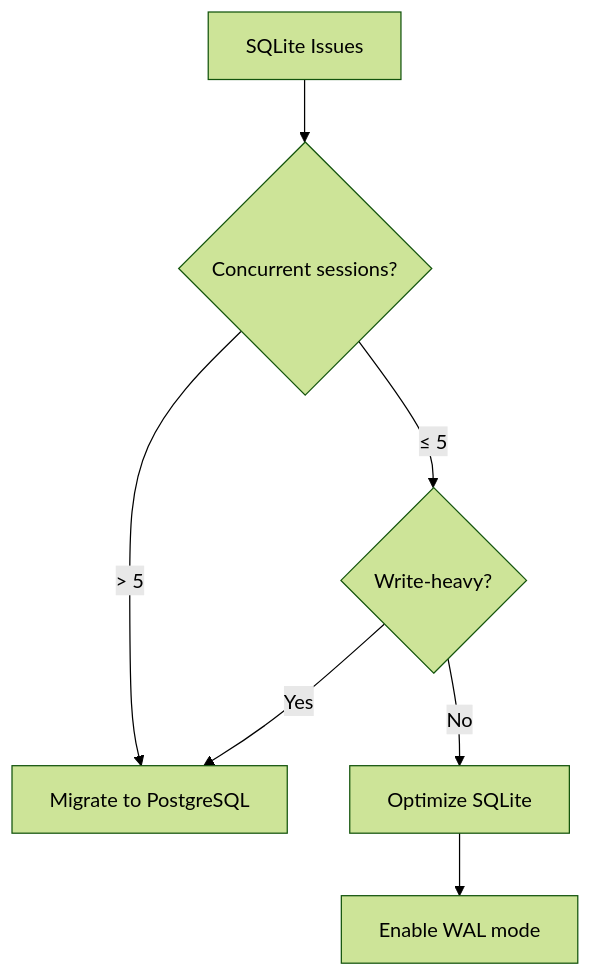
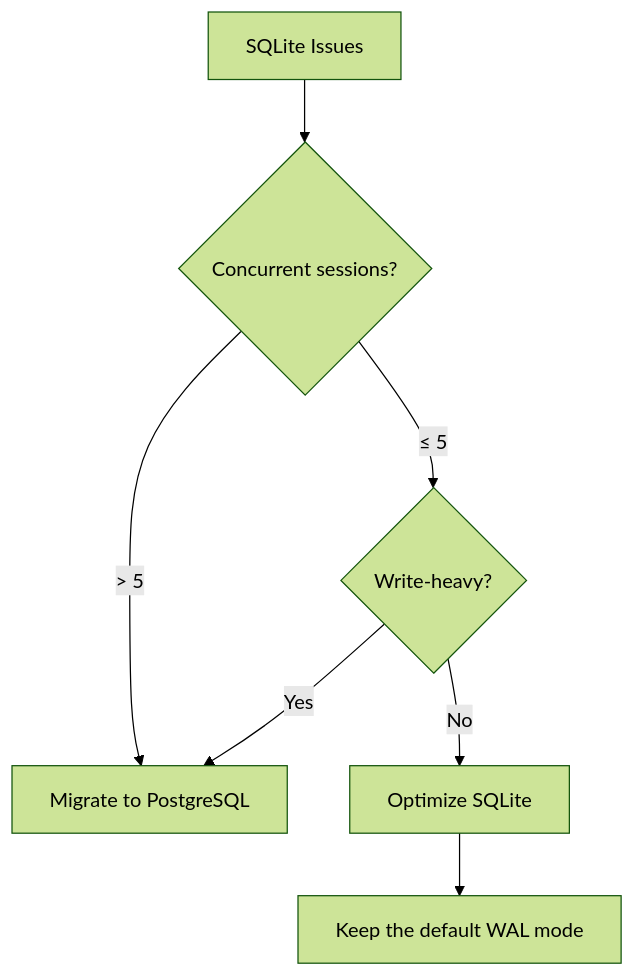
One commit to rmyndharis/OpenWA changed the third of 3 diagrams in docs/12-troubleshooting-faq.md. Above: the diagram before and after it, drawn with Mermaid (forest theme). The commit also changed other lines of this file and 14 other files, not shown here.

````diff
--- a/docs/12-troubleshooting-faq.md
+++ b/docs/12-troubleshooting-faq.md
@@ -1310,10 +1309,10 @@
 ```mermaid
 flowchart TD
     A[SQLite Issues] --> B{Concurrent sessions?}
     B -->|> 5| C[Migrate to PostgreSQL]
     B -->|≤ 5| D{Write-heavy?}
     D -->|Yes| C
     D -->|No| E[Optimize SQLite]
 
-    E --> E1[Enable WAL mode]
+    E --> E1[Keep the default WAL mode]
 ```
````
